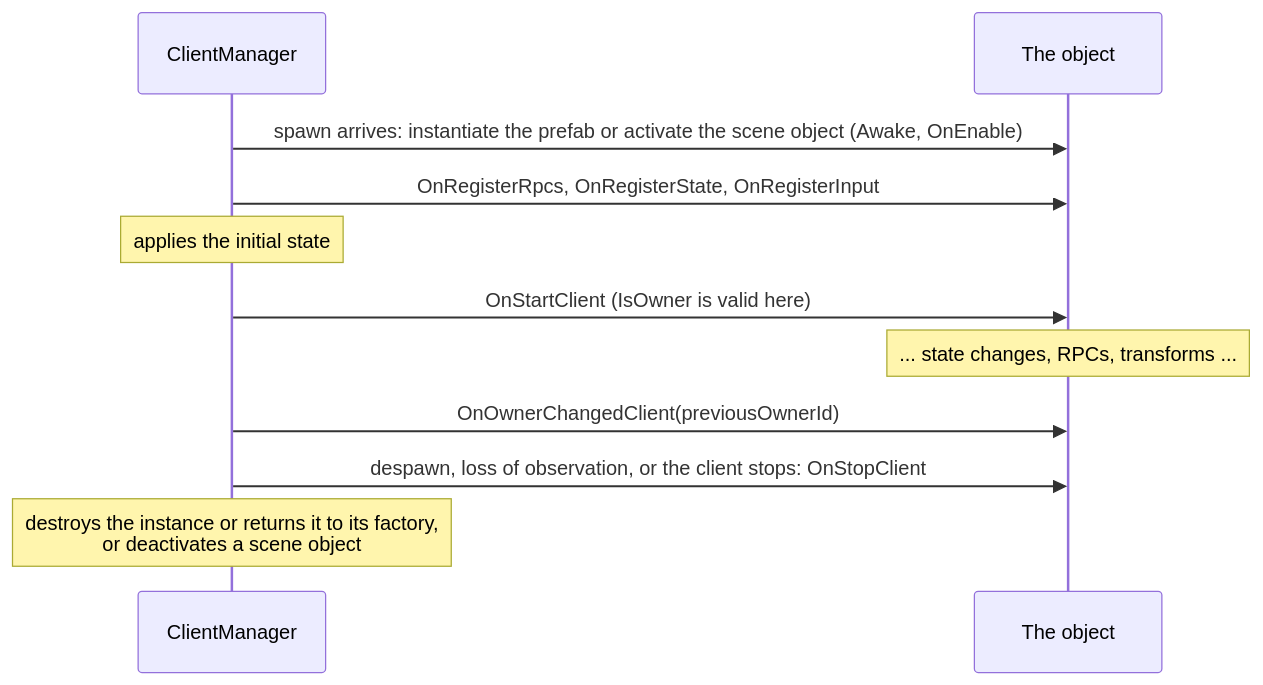
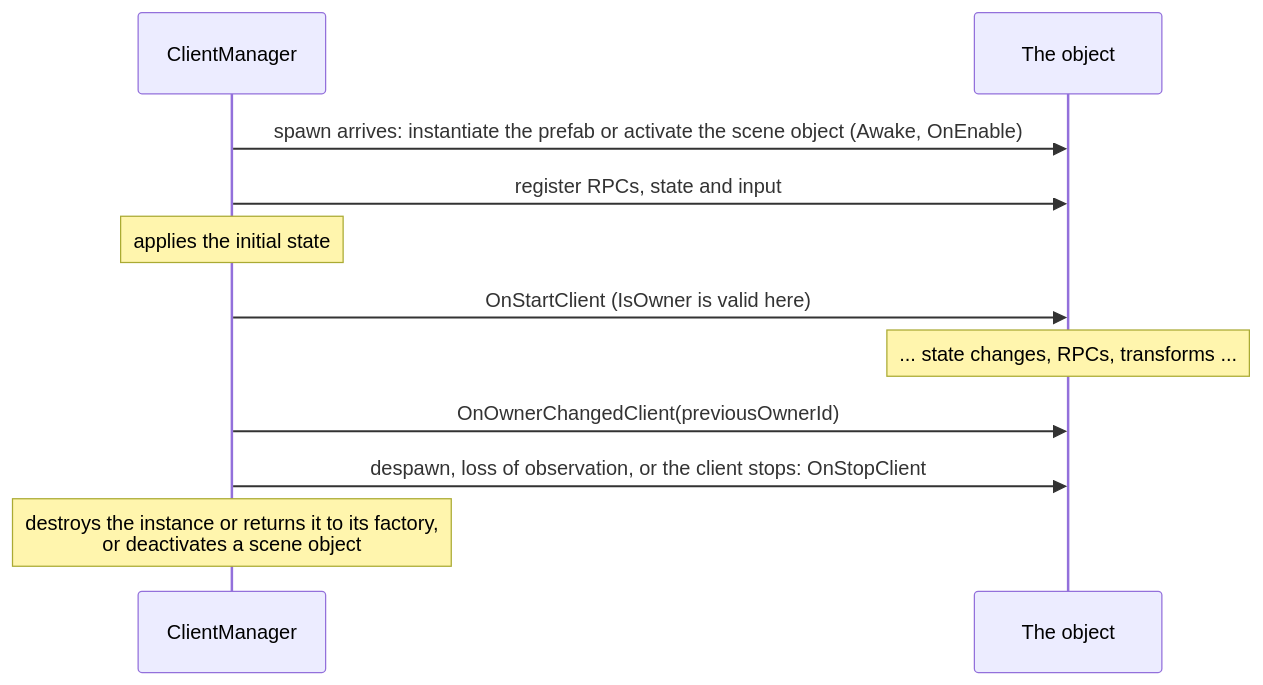
The fourth of 4 diagrams in concepts/lifecycle.md (fomoxa/unity-docs), drawn with Mermaid before and after one commit. The commit also changed other lines of this file and 110 other files, not shown here.

Commit message:
Rewrite unity-docs for the field-based API, with schema evolution rules (16.8)

````diff
--- a/concepts/lifecycle.md
+++ b/concepts/lifecycle.md
@@ -83,13 +83,13 @@
 ```mermaid
 sequenceDiagram
     participant CM as ClientManager
     participant Obj as The object
     CM->>Obj: spawn arrives: instantiate the prefab or activate the scene object (Awake, OnEnable)
-    CM->>Obj: OnRegisterRpcs, OnRegisterState, OnRegisterInput
+    CM->>Obj: register RPCs, state and input
     Note over CM: applies the initial state
     CM->>Obj: OnStartClient (IsOwner is valid here)
     Note over Obj: ... state changes, RPCs, transforms ...
     CM->>Obj: OnOwnerChangedClient(previousOwnerId)
     CM->>Obj: despawn, loss of observation, or the client stops: OnStopClient
     Note over CM: destroys the instance or returns it to its factory,<br/>or deactivates a scene object
 ```
````
